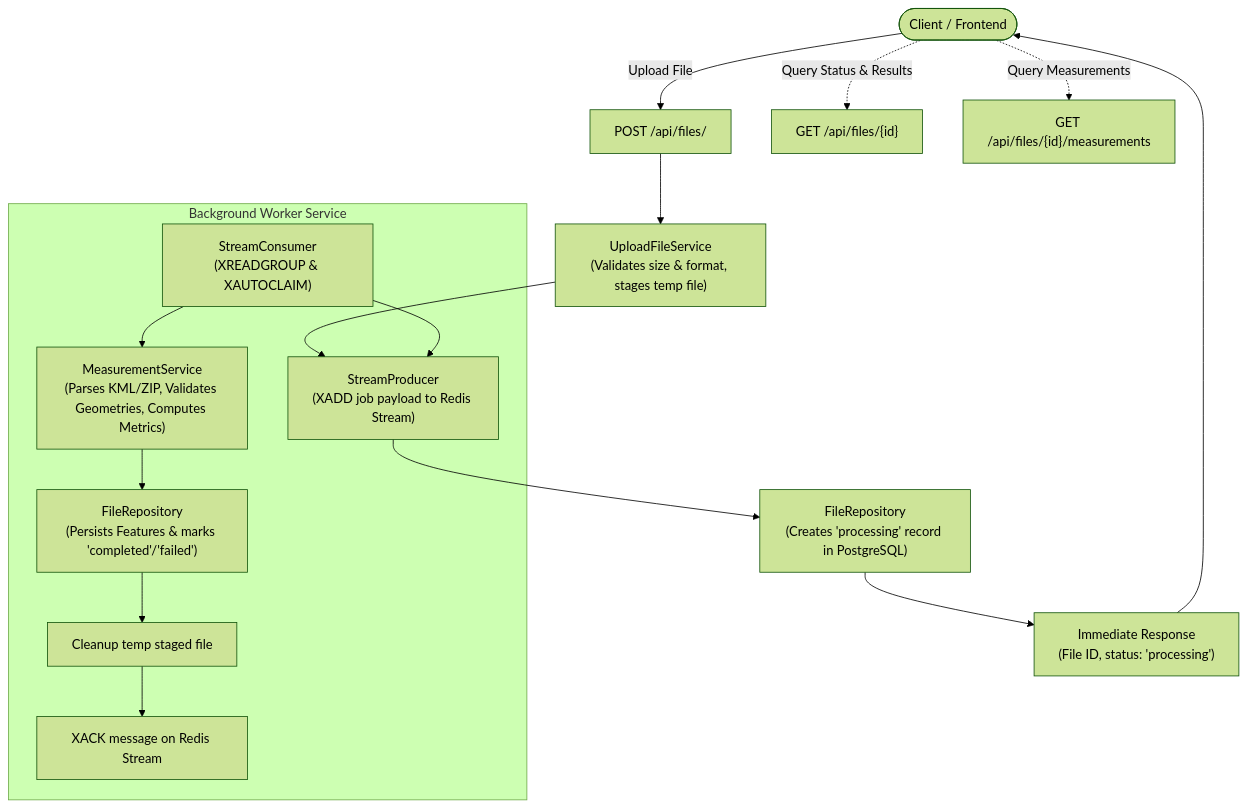
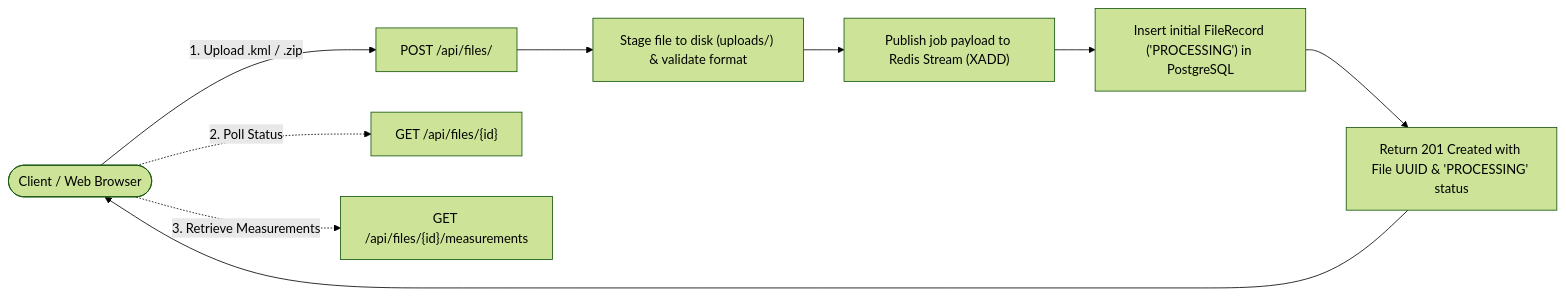
Before and after one commit to anwesa-mondal/geospatial-file-measurement: the first of 2 diagrams in README.md, drawn with Mermaid (forest theme). The commit also changed other lines of this file, not shown here.

````diff
--- a/README.md
+++ b/README.md
@@ -36,20 +52,11 @@
 ```mermaid
-flowchart TD
-    Client([Client / Frontend]) -->|Upload File| UploadEndpoint["POST /api/files/"]
-    UploadEndpoint --> UploadService["UploadFileService\n(Validates size & format, stages temp file)"]
-    UploadService --> QueueProducer["StreamProducer\n(XADD job payload to Redis Stream)"]
-    QueueProducer --> DBRepoInit["FileRepository\n(Creates 'processing' record in PostgreSQL)"]
-    DBRepoInit --> ImmediateResp["Immediate Response\n(File ID, status: 'processing')"]
-    ImmediateResp --> Client
-
-    subgraph Background Worker Service
-        Worker["StreamConsumer\n(XREADGROUP & XAUTOCLAIM)"] --> QueueProducer
-        Worker --> MeasurementService["MeasurementService\n(Parses KML/ZIP, Validates Geometries, Computes Metrics)"]
-        MeasurementService --> DBRepoComplete["FileRepository\n(Persists Features & marks 'completed'/'failed')"]
-        DBRepoComplete --> TempCleanup["Cleanup temp staged file"]
-        TempCleanup --> Ack["XACK message on Redis Stream"]
-    end
-
-    Client -.->|Query Status & Results| GetFile["GET /api/files/{id}"]
-    Client -.->|Query Measurements| GetMeasurements["GET /api/files/{id}/measurements"]
+flowchart LR
+    Client([Client / Web Browser]) -->|1. Upload .kml / .zip| UploadAPI["POST /api/files/"]
+    UploadAPI --> StageFile["Stage file to disk (uploads/) & validate format"]
+    StageFile --> Enqueue["Publish job payload to Redis Stream (XADD)"]
+    Enqueue --> DBInit["Insert initial FileRecord ('PROCESSING') in PostgreSQL"]
+    DBInit --> FastResp["Return 201 Created with File UUID & 'PROCESSING' status"]
+    FastResp --> Client
+    Client -.->|2. Poll Status| StatusAPI["GET /api/files/{id}"]
+    Client -.->|3. Retrieve Measurements| MeasAPI["GET /api/files/{id}/measurements"]
 ```
````
